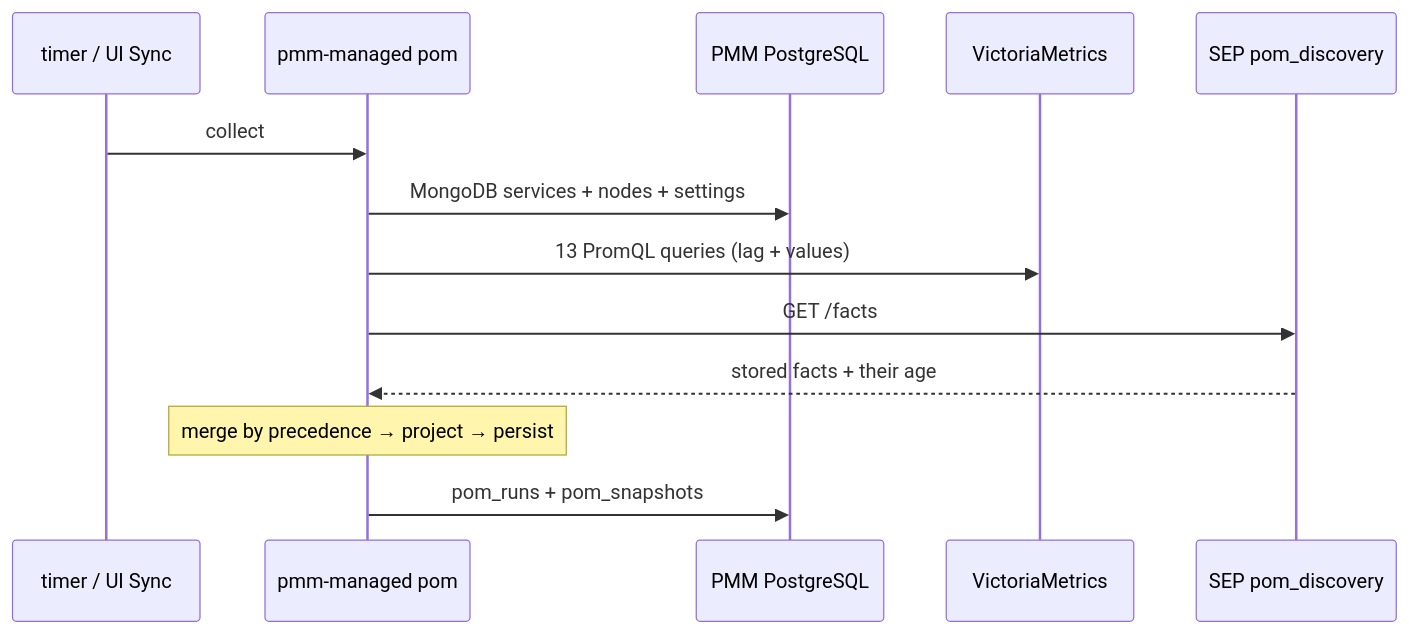
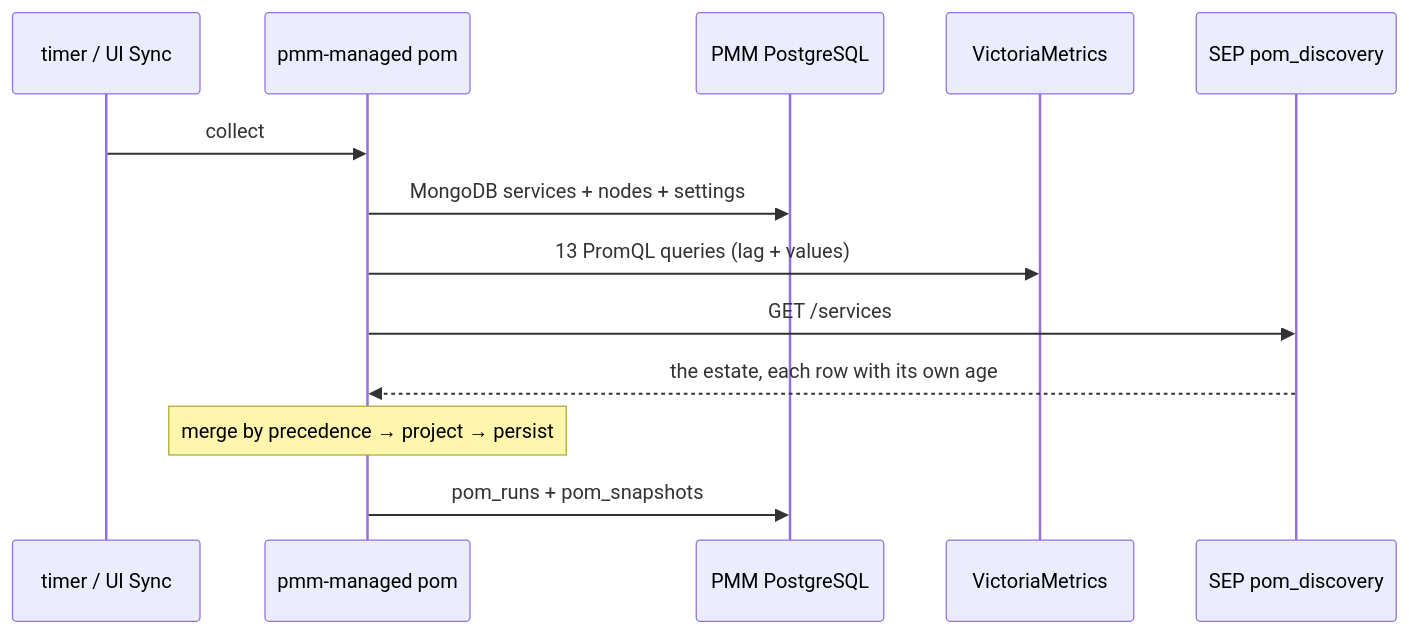
The second of 4 diagrams in docs/architecture.md (Percona-Lab/pom-workspace), drawn with Mermaid before and after one commit. The commit also changed other lines of this file and 4 other files, not shown here.

````diff
--- a/docs/architecture.md
+++ b/docs/architecture.md
@@ -64,16 +84,16 @@
 ```mermaid
 sequenceDiagram
     participant T as timer / UI Sync
     participant P as pmm-managed pom
     participant PG as PMM PostgreSQL
     participant VM as VictoriaMetrics
     participant D as SEP pom_discovery
 
     T->>P: collect
     P->>PG: MongoDB services + nodes + settings
     P->>VM: 13 PromQL queries (lag + values)
-    P->>D: GET /facts
-    D-->>P: stored facts + their age
+    P->>D: GET /services
+    D-->>P: the estate, each row with its own age
     Note over P: merge by precedence → project → persist
     P->>PG: pom_runs + pom_snapshots
 ```
````
